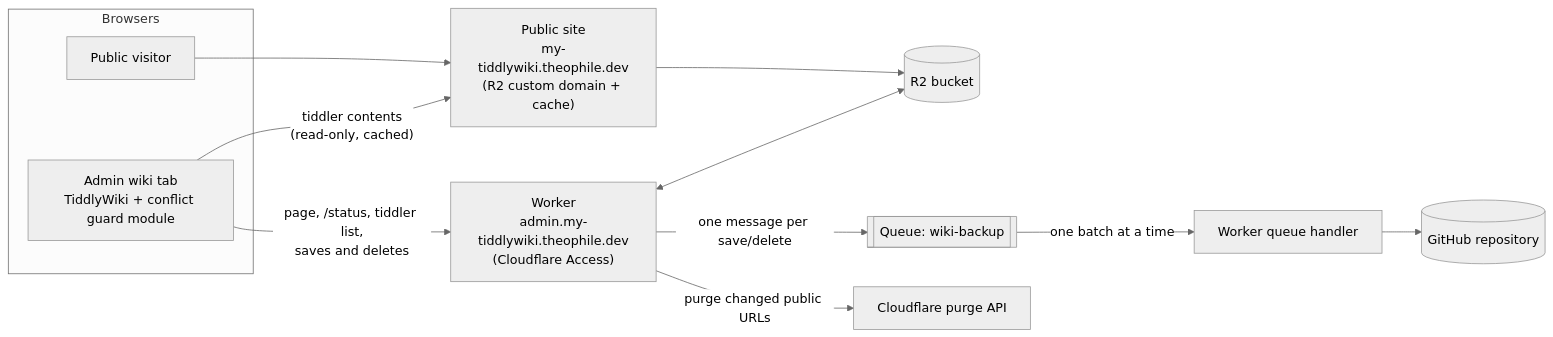
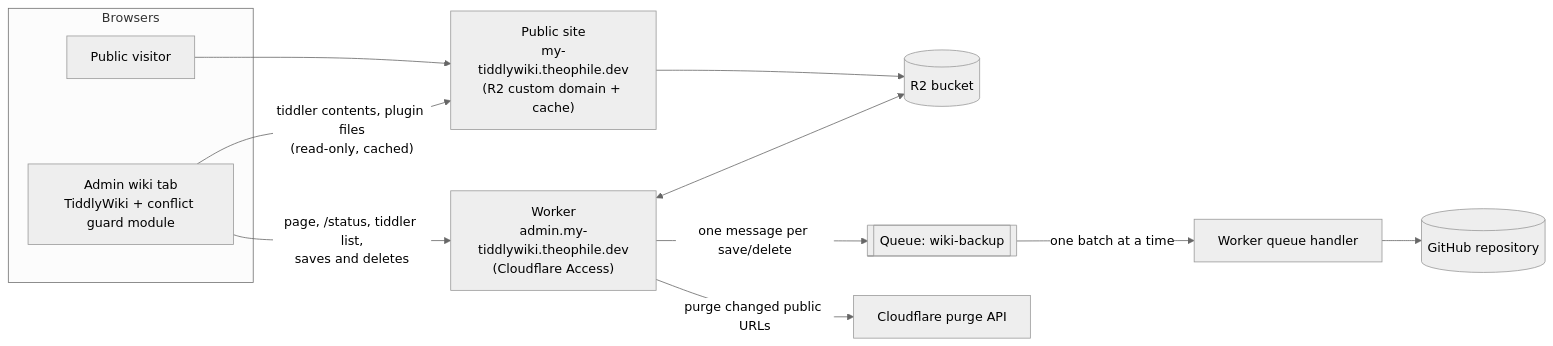
One commit to DesignThinkerer/tiddlywiki-cloudflare changed the first of 4 diagrams in README.md. Above: the diagram before and after it, drawn with Mermaid (neutral theme). The commit also changed other lines of this file and 10 other files, not shown here.

````diff
--- a/README.md
+++ b/README.md
@@ -36,16 +37,16 @@
 ```mermaid
 flowchart LR
   subgraph Browsers
     T["Admin wiki tab<br/>TiddlyWiki + conflict guard module"]
     V["Public visitor"]
   end
   T -- "page, /status, tiddler list,<br/>saves and deletes" --> W["Worker<br/>admin.my-tiddlywiki.theophile.dev<br/>(Cloudflare Access)"]
-  T -- "tiddler contents<br/>(read-only, cached)" --> P["Public site<br/>my-tiddlywiki.theophile.dev<br/>(R2 custom domain + cache)"]
+  T -- "tiddler contents, plugin files<br/>(read-only, cached)" --> P["Public site<br/>my-tiddlywiki.theophile.dev<br/>(R2 custom domain + cache)"]
   V --> P
   W <--> R2[("R2 bucket")]
   P --> R2
   W -- "one message per save/delete" --> Q[["Queue: wiki-backup"]]
   Q -- "one batch at a time" --> C["Worker queue handler"]
   C --> GH[("GitHub repository")]
   W -- "purge changed public URLs" --> API["Cloudflare purge API"]
 ```
````
